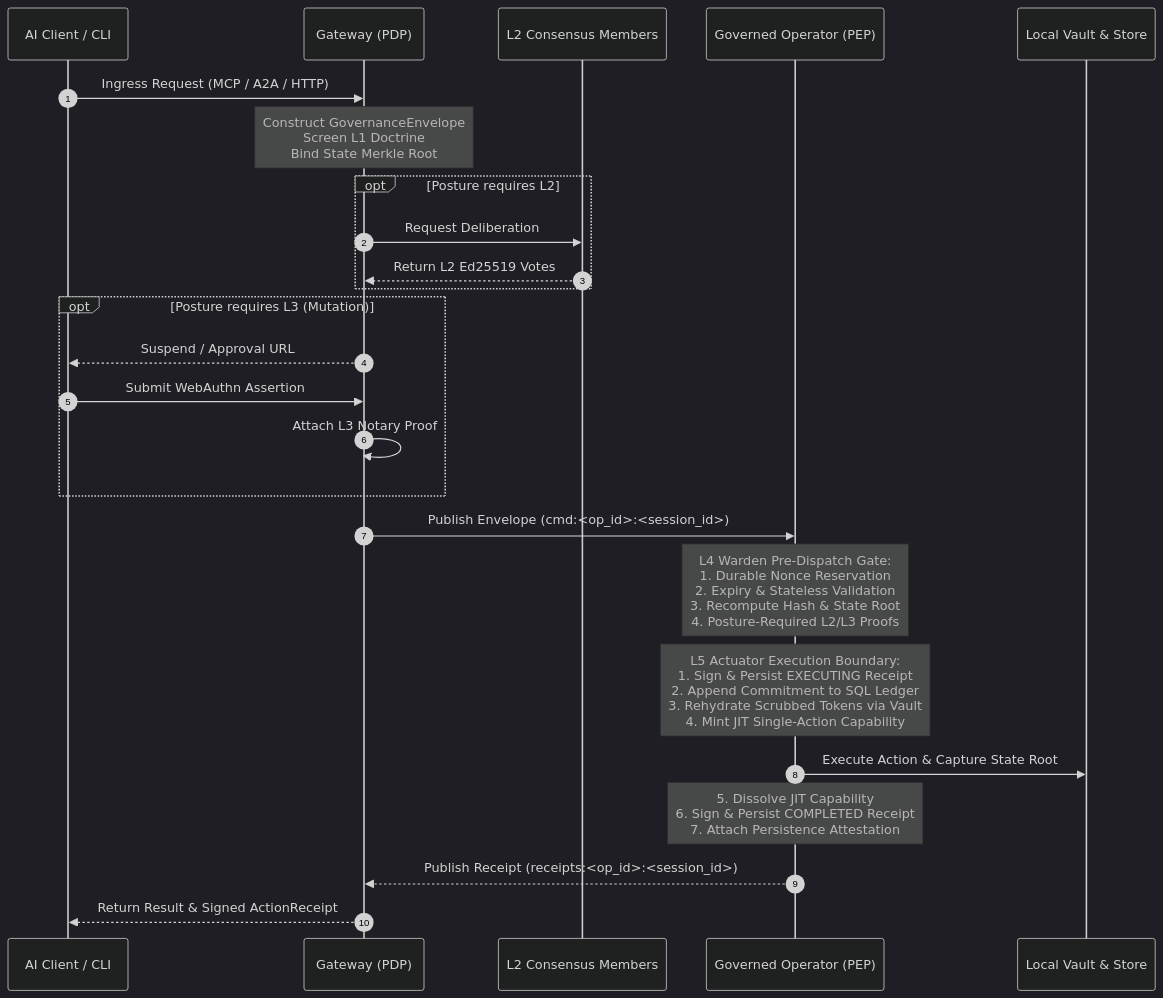
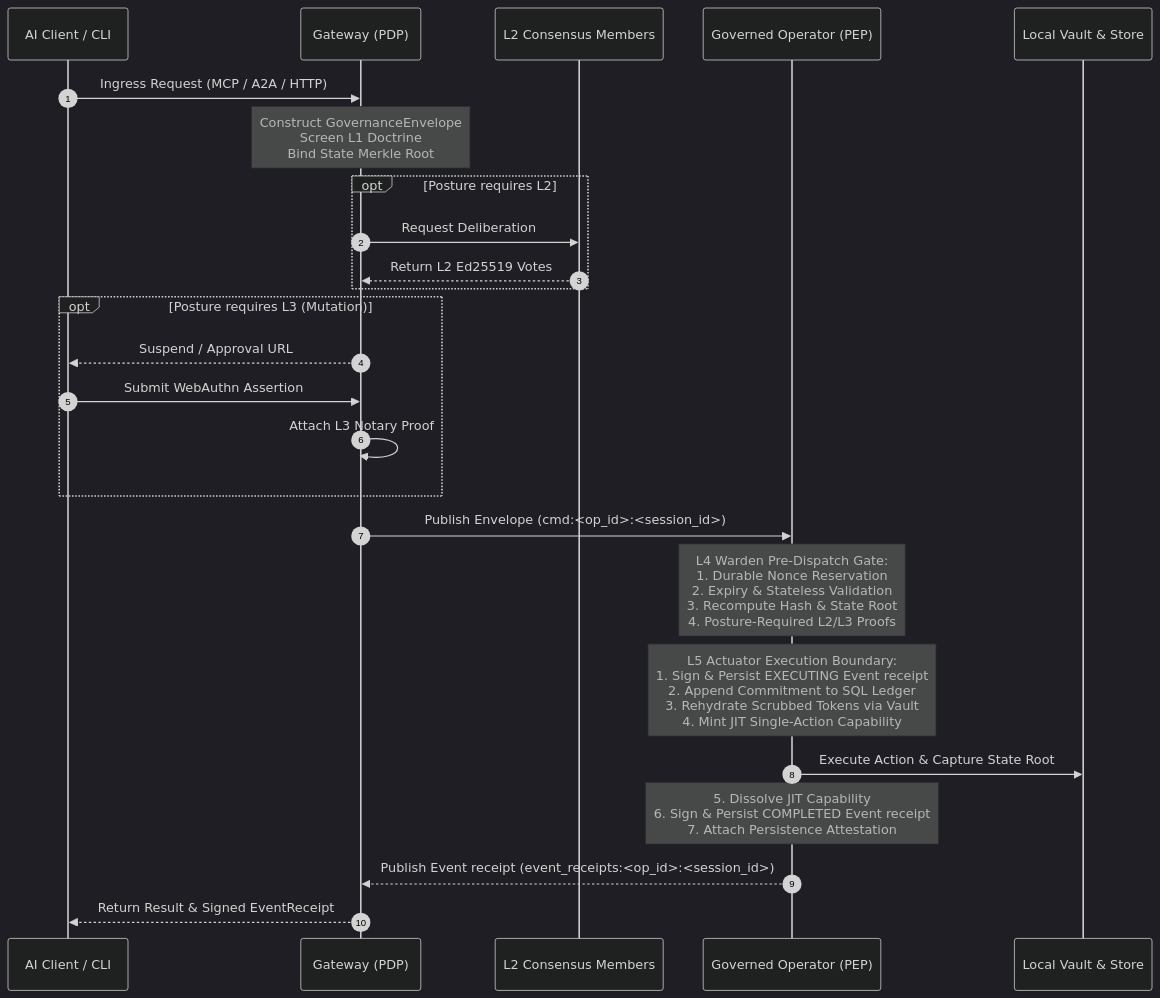
One commit to zerotrustdata/ztd changed the diagram in docs/architecture/overview.md. Above: the diagram before and after it, drawn with Mermaid (dark theme). The commit also changed other lines of this file and 572 other files, not shown here.

First line of the commit message:
rename receipts to event receipts with no compatibility

````diff
--- a/docs/architecture/overview.md
+++ b/docs/architecture/overview.md
@@ -181,28 +181,28 @@
 ```mermaid
 sequenceDiagram
     autonumber
     participant Client as AI Client / CLI
     participant GW as Gateway (PDP)
     participant Delib as L2 Consensus Members
     participant OP as Governed Operator (PEP)
     participant Vault as Local Vault & Store
 
     Client->>GW: Ingress Request (MCP / A2A / HTTP)
     Note over GW: Construct GovernanceEnvelope<br/>Screen L1 Doctrine<br/>Bind State Merkle Root
     opt Posture requires L2
         GW->>Delib: Request Deliberation
         Delib-->>GW: Return L2 Ed25519 Votes
     end
     opt Posture requires L3 (Mutation)
         GW-->>Client: Suspend / Approval URL
         Client->>GW: Submit WebAuthn Assertion
         GW->>GW: Attach L3 Notary Proof
     end
     GW->>OP: Publish Envelope (cmd:<op_id>:<session_id>)
     Note over OP: L4 Warden Pre-Dispatch Gate:<br/>1. Durable Nonce Reservation<br/>2. Expiry & Stateless Validation<br/>3. Recompute Hash & State Root<br/>4. Posture-Required L2/L3 Proofs
-    Note over OP: L5 Actuator Execution Boundary:<br/>1. Sign & Persist EXECUTING Receipt<br/>2. Append Commitment to SQL Ledger<br/>3. Rehydrate Scrubbed Tokens via Vault<br/>4. Mint JIT Single-Action Capability
+    Note over OP: L5 Actuator Execution Boundary:<br/>1. Sign & Persist EXECUTING Event receipt<br/>2. Append Commitment to SQL Ledger<br/>3. Rehydrate Scrubbed Tokens via Vault<br/>4. Mint JIT Single-Action Capability
     OP->>Vault: Execute Action & Capture State Root
-    Note over OP: 5. Dissolve JIT Capability<br/>6. Sign & Persist COMPLETED Receipt<br/>7. Attach Persistence Attestation
-    OP-->>GW: Publish Receipt (receipts:<op_id>:<session_id>)
-    GW-->>Client: Return Result & Signed ActionReceipt
+    Note over OP: 5. Dissolve JIT Capability<br/>6. Sign & Persist COMPLETED Event receipt<br/>7. Attach Persistence Attestation
+    OP-->>GW: Publish Event receipt (event_receipts:<op_id>:<session_id>)
+    GW-->>Client: Return Result & Signed EventReceipt
 ```
````
